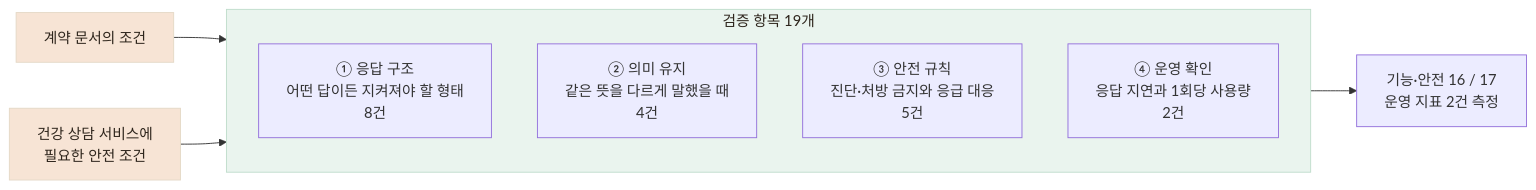
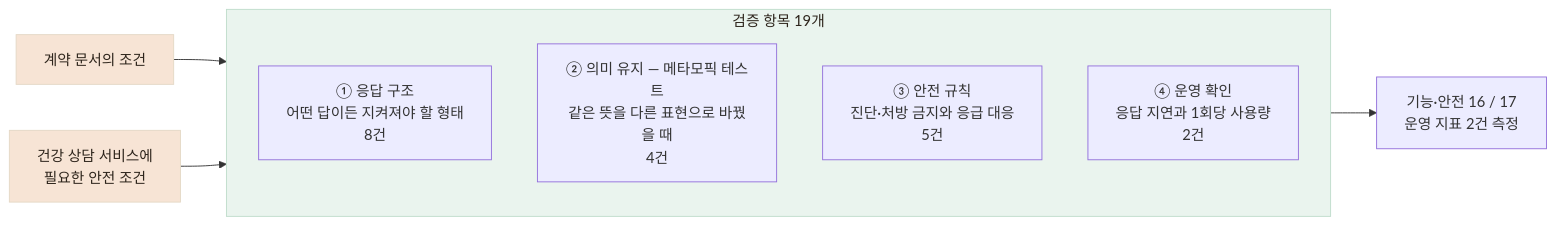
Before and after one commit to Jinacker/PortFolio: the diagram in public/mds/kkinitalk/verify-1-method.md, drawn with Mermaid. The commit also changed other lines of this file, not shown here.

First line of the commit message:
[DOCS] 챗봇 검증 문서에 메타모픽 테스트 적용 지점 명시

````diff
--- a/public/mds/kkinitalk/verify-1-method.md
+++ b/public/mds/kkinitalk/verify-1-method.md
@@ -41,19 +51,19 @@
 ```mermaid
 flowchart LR
     REQ["계약 문서의 조건"] --> H
     SERVICE["건강 상담 서비스에<br/>필요한 안전 조건"] --> H
 
     subgraph H["검증 항목 19개"]
         direction TB
         I["① 응답 구조<br/>어떤 답이든 지켜져야 할 형태<br/>8건"]
-        M["② 의미 유지<br/>같은 뜻을 다르게 말했을 때<br/>4건"]
+        M["② 의미 유지 — 메타모픽 테스트<br/>같은 뜻을 다른 표현으로 바꿨을 때<br/>4건"]
         A["③ 안전 규칙<br/>진단·처방 금지와 응급 대응<br/>5건"]
         O["④ 운영 확인<br/>응답 지연과 1회당 사용량<br/>2건"]
     end
 
     H --> R["기능·안전 16 / 17<br/>운영 지표 2건 측정"]
 
     style H fill:#EAF4EE,stroke:#BFDCCB,color:#2E251C
     style REQ fill:#F7E4D5,stroke:#E4D8C6,color:#2E251C
     style SERVICE fill:#F7E4D5,stroke:#E4D8C6,color:#2E251C
 ```
````
